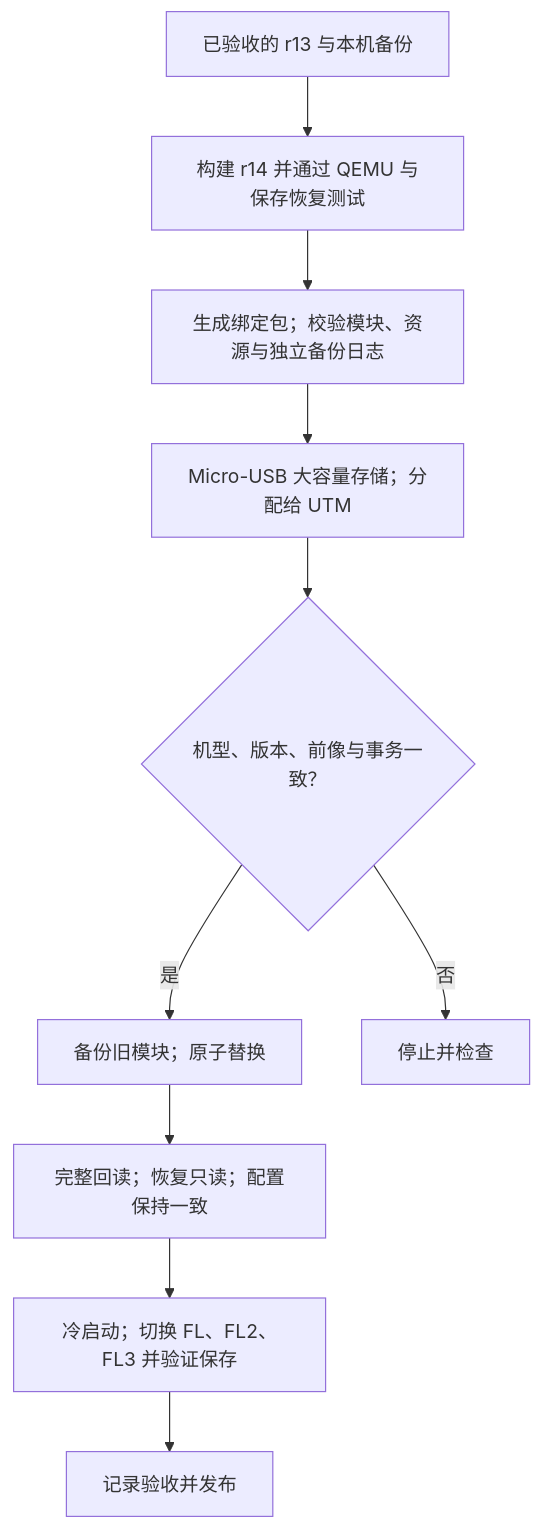
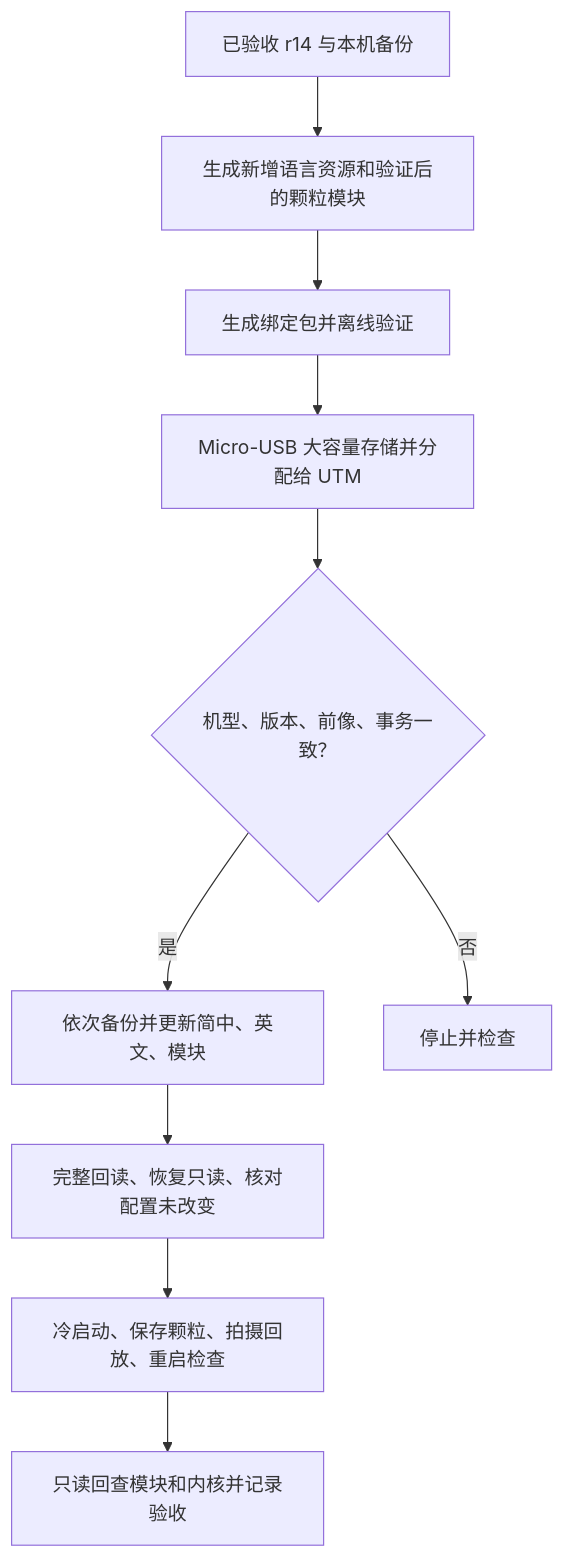
Before and after one commit to robinshie/Sony_A7M3: the diagram in docs/release-workflow.md, drawn with Mermaid. The commit also changed other lines of this file and 95 other files, not shown here.

````diff
--- a/docs/release-workflow.md
+++ b/docs/release-workflow.md
@@ -31,12 +34,12 @@
 ```mermaid
 flowchart TD
-    A[已验收的 r13 与本机备份] --> B[构建 r14 并通过 QEMU 与保存恢复测试]
-    B --> C[生成绑定包；校验模块、资源与独立备份日志]
-    C --> D[Micro-USB 大容量存储；分配给 UTM]
-    D --> E{机型、版本、前像与事务一致？}
-    E -->|是| F[备份旧模块；原子替换]
+    A[已验收 r14 与本机备份] --> B[生成新增语言资源和验证后的颗粒模块]
+    B --> C[生成绑定包并离线验证]
+    C --> D[Micro-USB 大容量存储并分配给 UTM]
+    D --> E{机型、版本、前像、事务一致？}
+    E -->|是| F[依次备份并更新简中、英文、模块]
     E -->|否| X[停止并检查]
-    F --> G[完整回读；恢复只读；配置保持一致]
-    G --> H[冷启动；切换 FL、FL2、FL3 并验证保存]
-    H --> I[记录验收并发布]
+    F --> G[完整回读、恢复只读、核对配置未改变]
+    G --> H[冷启动、保存颗粒、拍摄回放、重启检查]
+    H --> I[只读回查模块和内核并记录验收]
 ```
````
